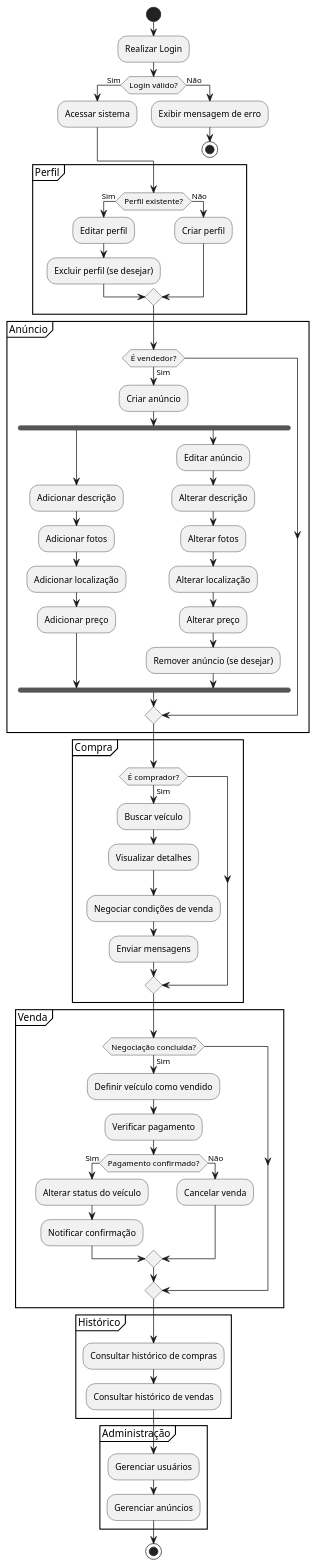
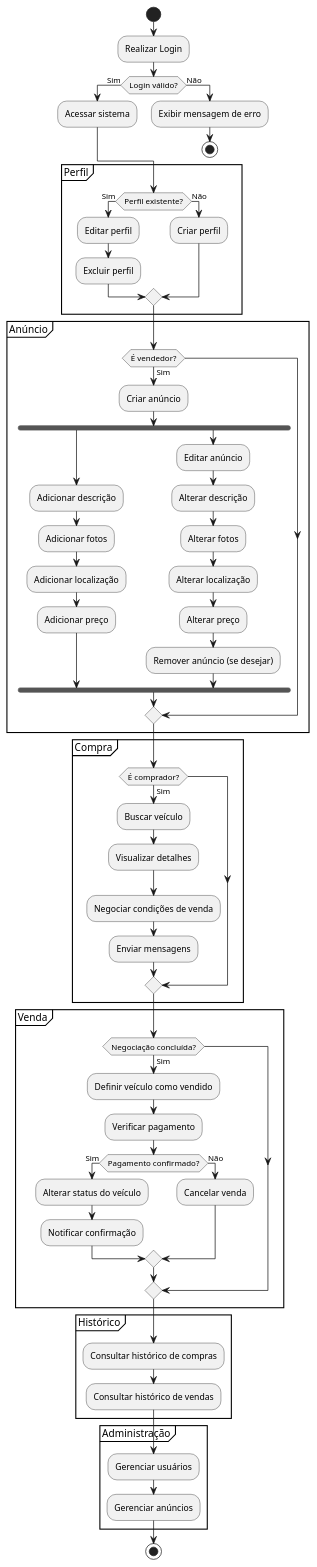
The diagram in diagrama_atividade.md (guilhermeoliveirateo/sistema-compra-venda-veiculos), drawn with PlantUML before and after one commit.

````diff
--- a/diagrama_atividade.md
+++ b/diagrama_atividade.md
@@ -10,77 +10,77 @@
 ``` plantuml
 @startuml
 
 |Usuário|
 start
 :Realizar Login;
 if (Login válido?) then (Sim)
     :Acessar sistema;
 else (Não)
     :Exibir mensagem de erro;
     stop
 endif
 
 partition Perfil {
     if (Perfil existente?) then (Sim)
         :Editar perfil;
-        :Excluir perfil (se desejar);
+        :Excluir perfil;
     else (Não)
         :Criar perfil;
     endif
 }
 
 partition Anúncio {
     if (É vendedor?) then (Sim)
         :Criar anúncio;
         fork
             :Adicionar descrição;
             :Adicionar fotos;
             :Adicionar localização;
             :Adicionar preço;
         fork again
             :Editar anúncio;
             :Alterar descrição;
             :Alterar fotos;
             :Alterar localização;
             :Alterar preço;
             :Remover anúncio (se desejar);
         end fork
     endif
 }
 
 partition Compra {
     if (É comprador?) then (Sim)
         :Buscar veículo;
         :Visualizar detalhes;
         :Negociar condições de venda;
         :Enviar mensagens;
     endif
 }
 
 partition Venda {
     if (Negociação concluída?) then (Sim)
         :Definir veículo como vendido;
         :Verificar pagamento;
         if (Pagamento confirmado?) then (Sim)
             :Alterar status do veículo;
             :Notificar confirmação;
         else (Não)
             :Cancelar venda;
         endif
     endif
 }
 
 partition Histórico {
     :Consultar histórico de compras;
     :Consultar histórico de vendas;
 }
 
 partition Administração {
     :Gerenciar usuários;
     :Gerenciar anúncios;
 }
 
 stop
 
 @enduml
 ```
````
